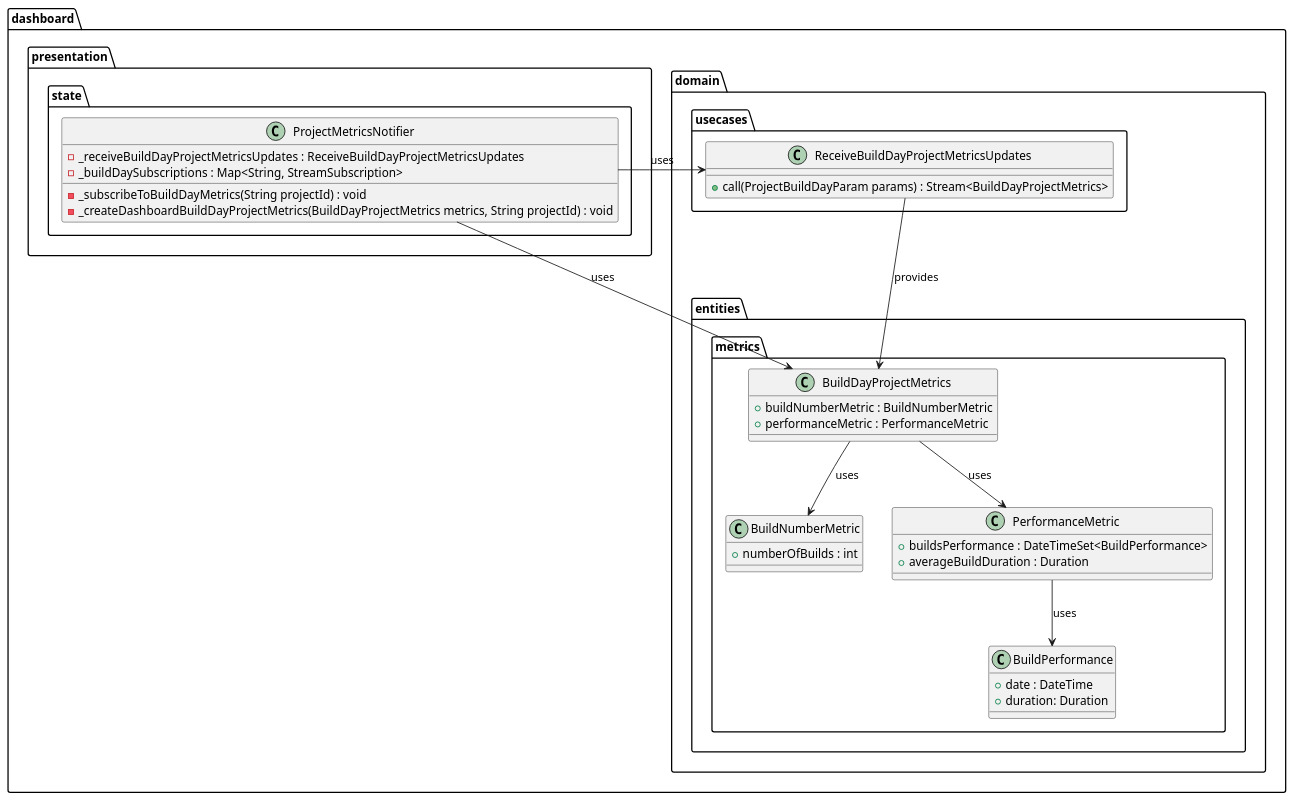
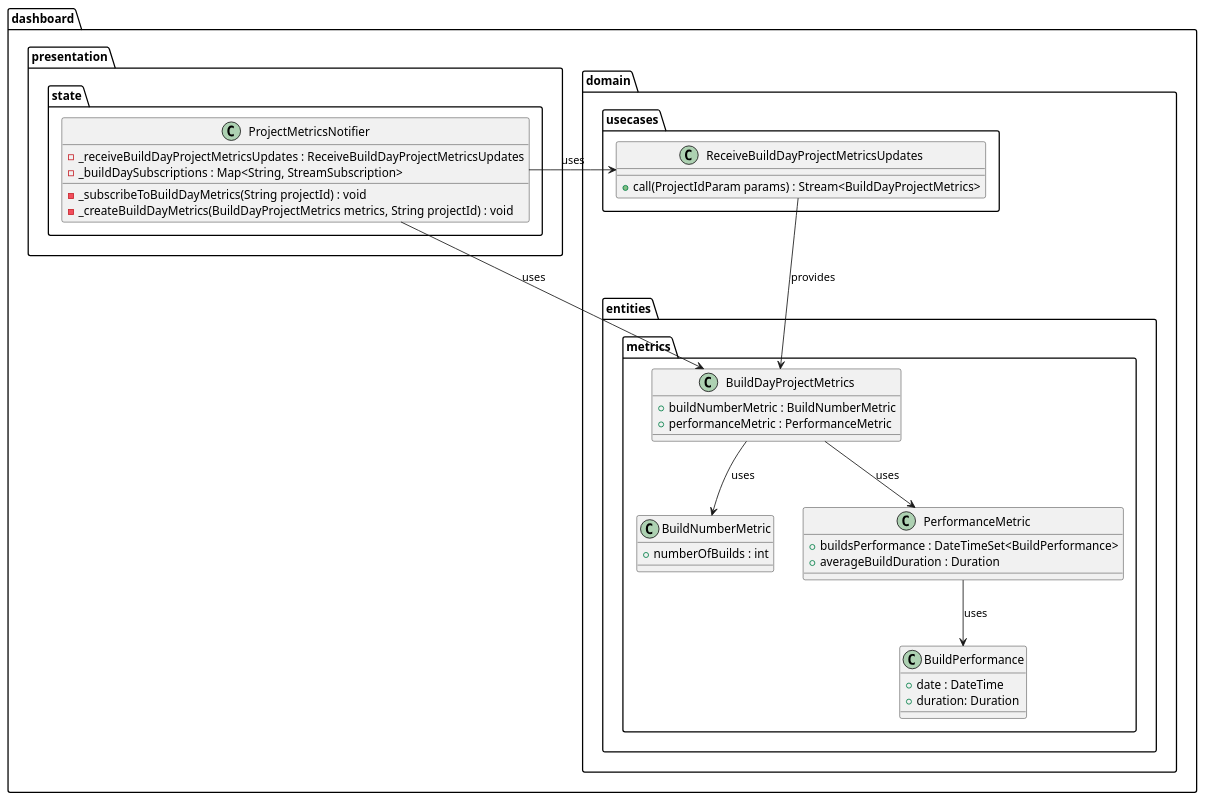
One commit to Flank/flank-dashboard changed the diagram in metrics/web/docs/features/builds_aggregation/diagrams/build_days_presentation_layer_class_diagram.puml. Above: the diagram before and after it, drawn with PlantUML. The commit also changed 2 other files, not shown here.

Commit message:
Minor fixes in diagrams

```diff
--- a/metrics/web/docs/features/builds_aggregation/diagrams/build_days_presentation_layer_class_diagram.puml
+++ b/metrics/web/docs/features/builds_aggregation/diagrams/build_days_presentation_layer_class_diagram.puml
@@ -1,47 +1,47 @@
 @startuml build_days_presentation_layer_class_diagram
     package dashboard {
         package domain {
             package entities.metrics {
                 class BuildNumberMetric {
                     + numberOfBuilds : int
                 }
                 class BuildPerformance {
                         + date : DateTime
                         + duration: Duration
                 }
                 class PerformanceMetric {
                     + buildsPerformance : DateTimeSet<BuildPerformance>
                     + averageBuildDuration : Duration
                 }
                 class BuildDayProjectMetrics {
                     + buildNumberMetric : BuildNumberMetric
                     + performanceMetric : PerformanceMetric
                 }
             }
 
             package usecases {
                 class ReceiveBuildDayProjectMetricsUpdates {
-                    + call(ProjectBuildDayParam params) : Stream<BuildDayProjectMetrics>
+                    + call(ProjectIdParam params) : Stream<BuildDayProjectMetrics>
                 }
             }
         }
 
         package presentation.state {
             class ProjectMetricsNotifier {
                 - _receiveBuildDayProjectMetricsUpdates : ReceiveBuildDayProjectMetricsUpdates
                 - _buildDaySubscriptions : Map<String, StreamSubscription>
                 - _subscribeToBuildDayMetrics(String projectId) : void
-                - _createDashboardBuildDayProjectMetrics(BuildDayProjectMetrics metrics, String projectId) : void
+                - _createBuildDayMetrics(BuildDayProjectMetrics metrics, String projectId) : void
             }
         }
     }
 
     ProjectMetricsNotifier -right-> ReceiveBuildDayProjectMetricsUpdates : uses
     ReceiveBuildDayProjectMetricsUpdates --> BuildDayProjectMetrics : provides
     ProjectMetricsNotifier --> BuildDayProjectMetrics : uses
 
     BuildDayProjectMetrics --> BuildNumberMetric : uses
     BuildDayProjectMetrics --> PerformanceMetric : uses
     PerformanceMetric --> BuildPerformance : uses
     
 @enduml
```
